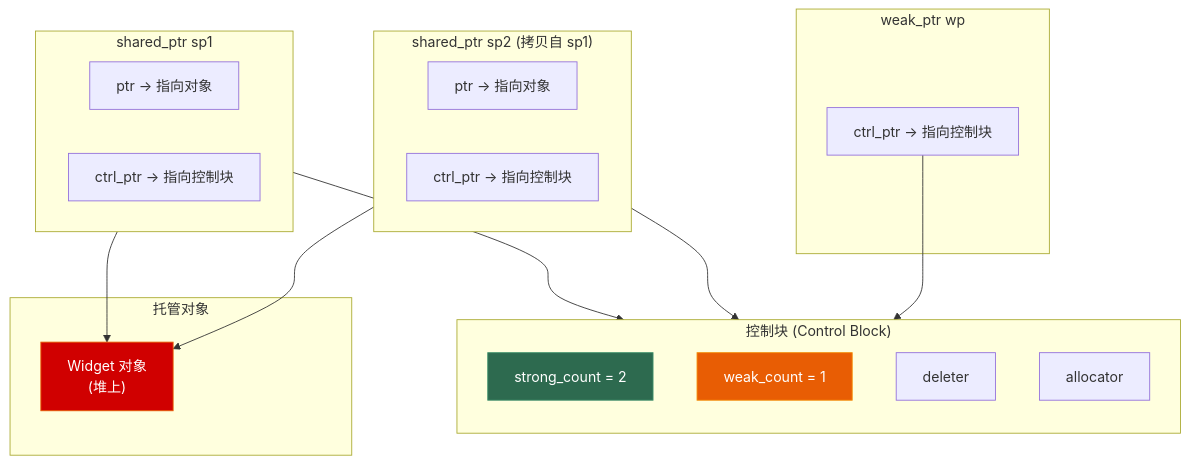
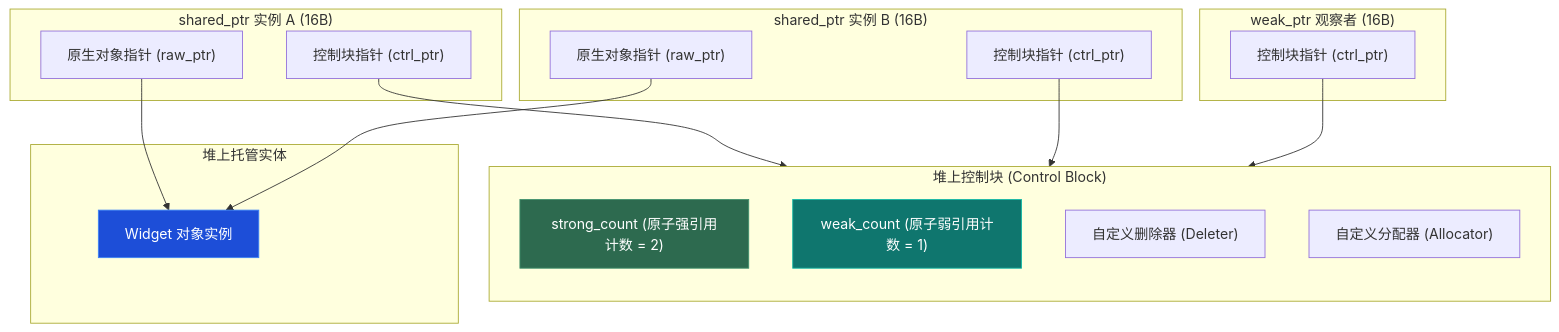
The first of 3 diagrams in src/content/posts/cpp_deep_dive/02_pointers_and_smart_pointers.md (Lumivers/firefly), drawn with Mermaid before and after one commit. The commit also changed other lines of this file and 18 other files, not shown here.

````diff
--- a/src/content/posts/cpp_deep_dive/02_pointers_and_smart_pointers.md
+++ b/src/content/posts/cpp_deep_dive/02_pointers_and_smart_pointers.md
@@ -128,40 +73,38 @@
 ```mermaid
 graph TD
-    subgraph "shared_ptr sp1"
-        direction LR
-        sp1_ptr["ptr → 指向对象"]
-        sp1_ctrl["ctrl_ptr → 指向控制块"]
+    subgraph "shared_ptr 实例 A (16B)"
+        ptrA["原生对象指针 (raw_ptr)"]
+        ctrlA["控制块指针 (ctrl_ptr)"]
     end
 
-    subgraph "shared_ptr sp2 (拷贝自 sp1)"
-        direction LR
-        sp2_ptr["ptr → 指向对象"]
-        sp2_ctrl["ctrl_ptr → 指向控制块"]
+    subgraph "shared_ptr 实例 B (16B)"
+        ptrB["原生对象指针 (raw_ptr)"]
+        ctrlB["控制块指针 (ctrl_ptr)"]
     end
 
-    subgraph "控制块 (Control Block)"
+    subgraph "堆上控制块 (Control Block)"
         direction TB
-        strong["strong_count = 2"]
-        weak["weak_count = 1"]
-        del["deleter"]
-        alloc["allocator"]
+        strong["strong_count (原子强引用计数 = 2)"]
+        weak["weak_count (原子弱引用计数 = 1)"]
+        del["自定义删除器 (Deleter)"]
+        alloc["自定义分配器 (Allocator)"]
     end
 
-    subgraph "托管对象"
-        obj["Widget 对象\n(堆上)"]
+    subgraph "堆上托管实体"
+        target["Widget 对象实例"]
     end
 
-    subgraph "weak_ptr wp"
-        wp_ctrl["ctrl_ptr → 指向控制块"]
+    subgraph "weak_ptr 观察者 (16B)"
+        weak_ctrl["控制块指针 (ctrl_ptr)"]
     end
 
-    sp1_ptr --> obj
-    sp2_ptr --> obj
-    sp1_ctrl --> strong
-    sp2_ctrl --> strong
-    wp_ctrl --> strong
+    ptrA --> target
+    ptrB --> target
+    ctrlA --> strong
+    ctrlB --> strong
+    weak_ctrl --> strong
 
     style strong fill:#2d6a4f,stroke:#40916c,color:white
-    style weak fill:#e85d04,stroke:#f48c06,color:white
-    style obj fill:#d00000,stroke:#e85d04,color:white
+    style weak fill:#0f766e,stroke:#14b8a6,color:white
+    style target fill:#1d4ed8,stroke:#3b82f6,color:white
 ```
````
